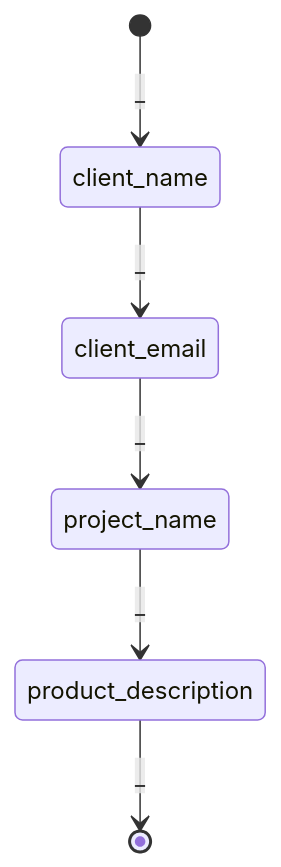
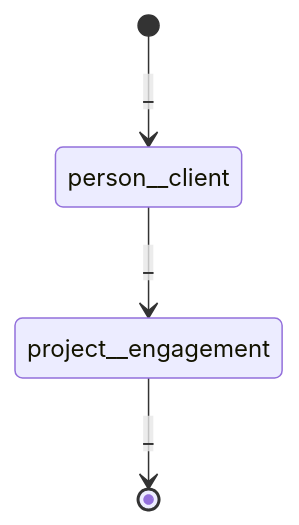
The first of 3 diagrams in docs/retainer_intake.md (neon-law-foundation/navigator), drawn with Mermaid before and after one commit. The commit also changed other lines of this file and 41 other files, not shown here.

````diff
--- a/docs/retainer_intake.md
+++ b/docs/retainer_intake.md
@@ -20,8 +21,6 @@
 ```mermaid
 stateDiagram-v2
-    [*] --> client_name : _
-    client_name --> client_email : _
-    client_email --> project_name : _
-    project_name --> product_description : _
-    product_description --> [*] : _
+    [*] --> person__client : _
+    person__client --> project__engagement : _
+    project__engagement --> [*] : _
 ```
````
